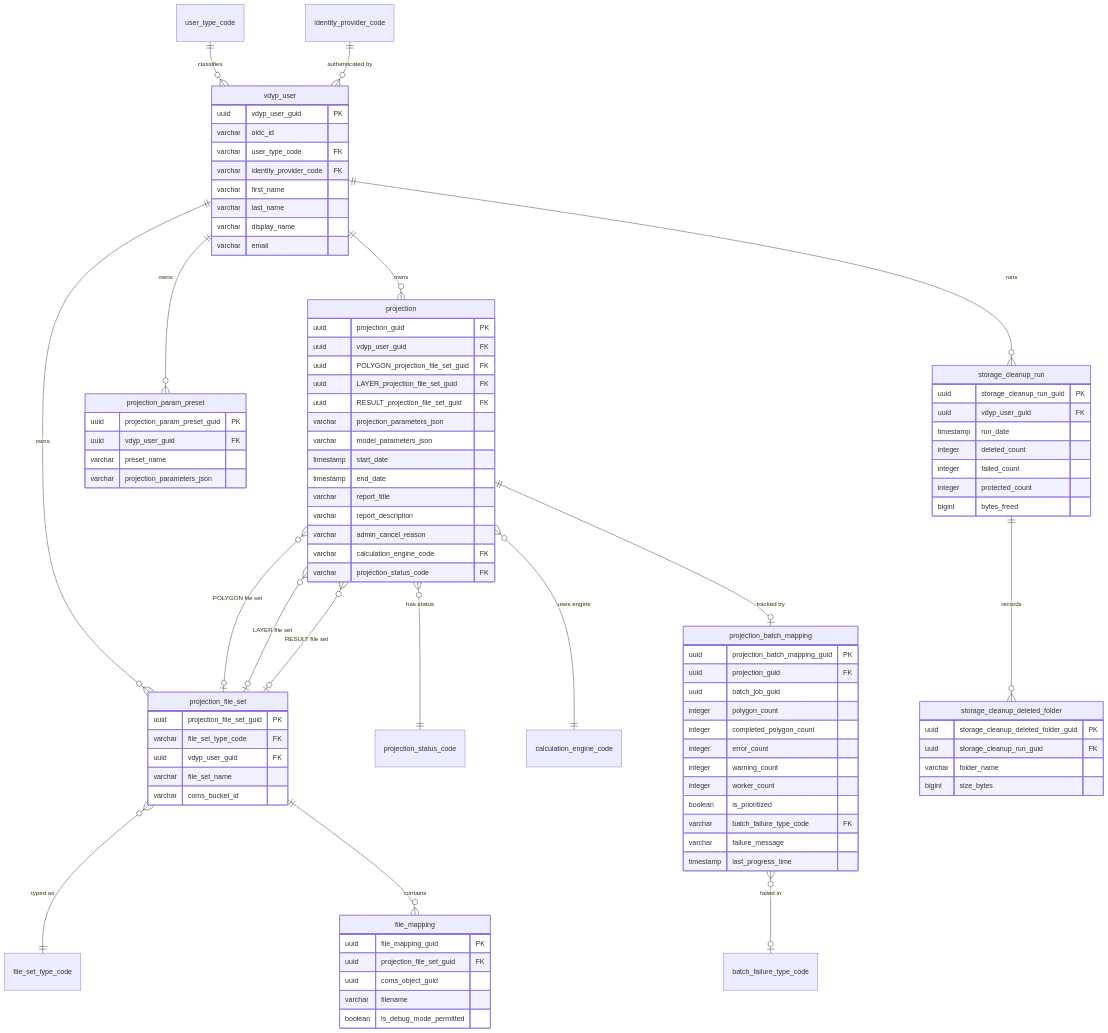
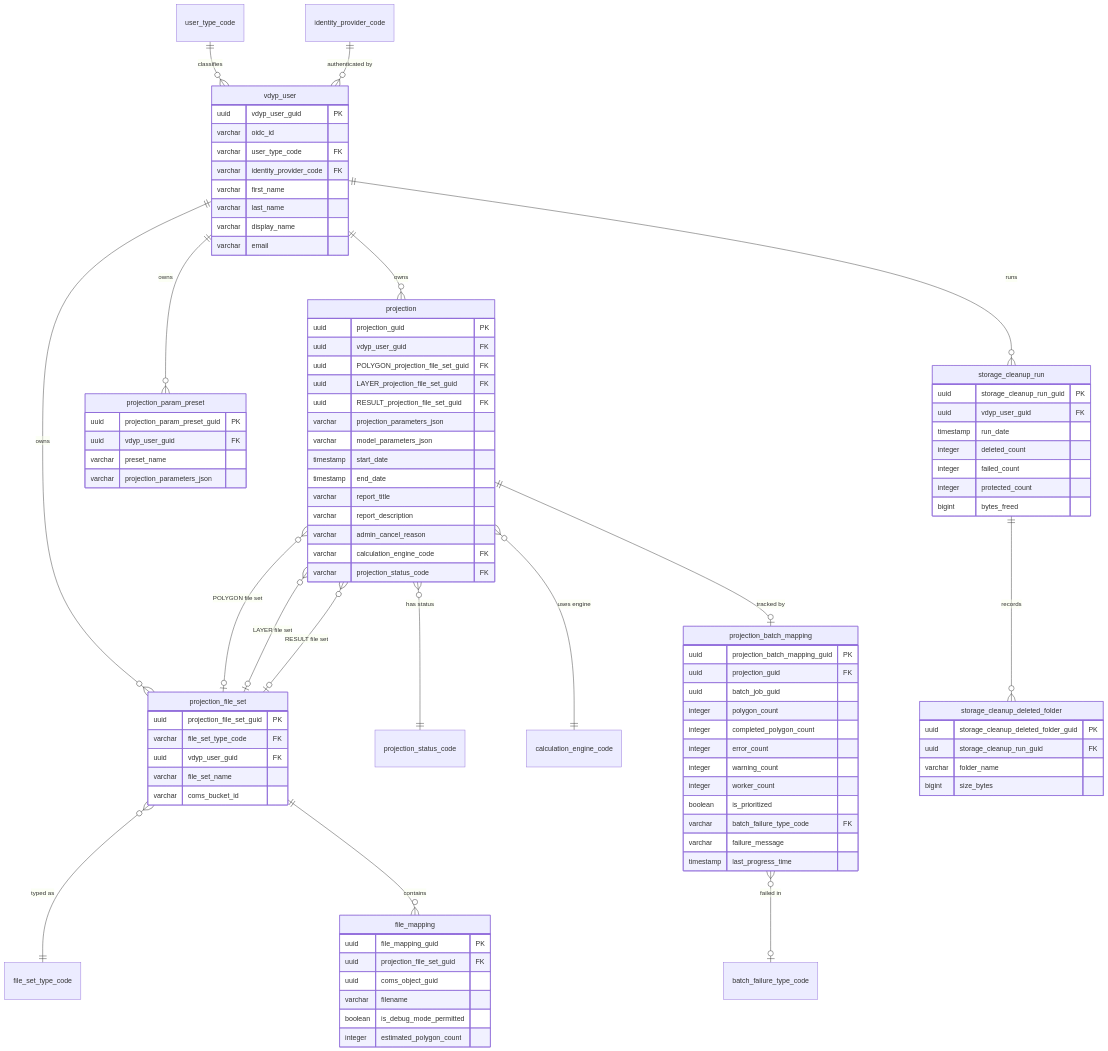
One commit to bcgov/nr-vdyp changed the first of 3 diagrams in docs/architecture/data-model.md. Above: the diagram before and after it, drawn with Mermaid. The commit also changed 31 other files, not shown here.

Commit message:
VDYP-1304: Show estimated polygon count for queued projections on Admin Dashboard

```diff
--- a/docs/architecture/data-model.md
+++ b/docs/architecture/data-model.md
@@ -75,6 +75,7 @@
         uuid coms_object_guid
         varchar filename
         boolean is_debug_mode_permitted
+        integer estimated_polygon_count
     }
     projection_batch_mapping {
         uuid projection_batch_mapping_guid PK
```
